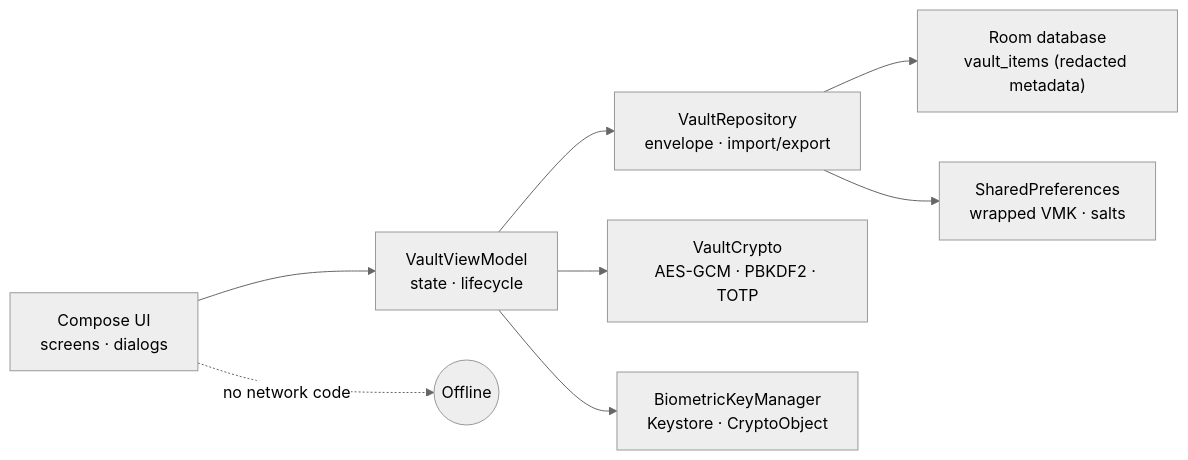
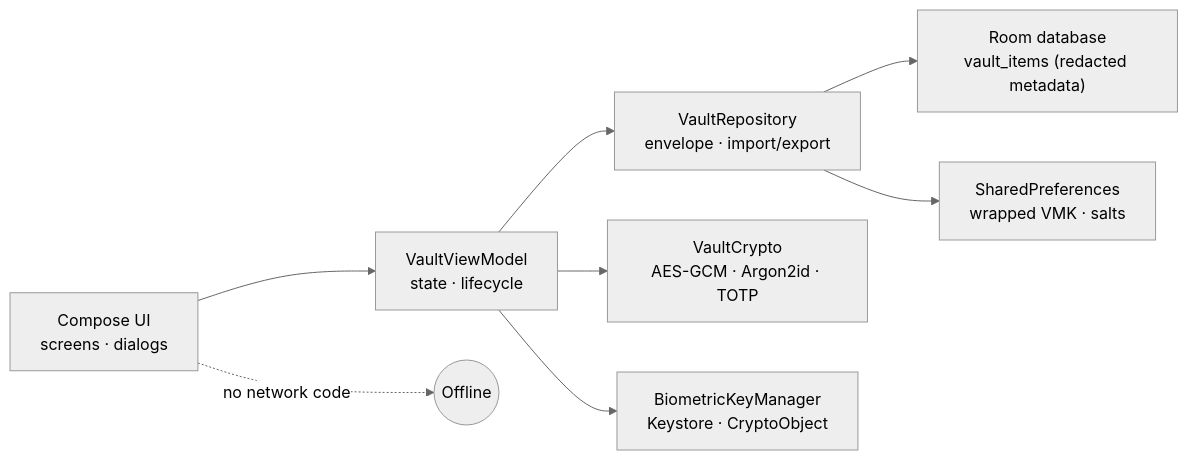
Before and after one commit to cipherwell/Vault-Zero: the diagram in README.md, drawn with Mermaid (neutral theme). The commit also changed other lines of this file and 31 other files, not shown here.

````diff
--- a/README.md
+++ b/README.md
@@ -169,10 +171,10 @@
 ```mermaid
 flowchart LR
   UI["Compose UI<br/>screens · dialogs"] --> VM["VaultViewModel<br/>state · lifecycle"]
   VM --> REPO["VaultRepository<br/>envelope · import/export"]
-  VM --> CRYPTO["VaultCrypto<br/>AES-GCM · PBKDF2 · TOTP"]
+  VM --> CRYPTO["VaultCrypto<br/>AES-GCM · Argon2id · TOTP"]
   VM --> BIO["BiometricKeyManager<br/>Keystore · CryptoObject"]
   REPO --> ROOM["Room database<br/>vault_items (redacted metadata)"]
   REPO --> PREFS["SharedPreferences<br/>wrapped VMK · salts"]
   UI -. no network code .-> X((Offline))
 ```
````
